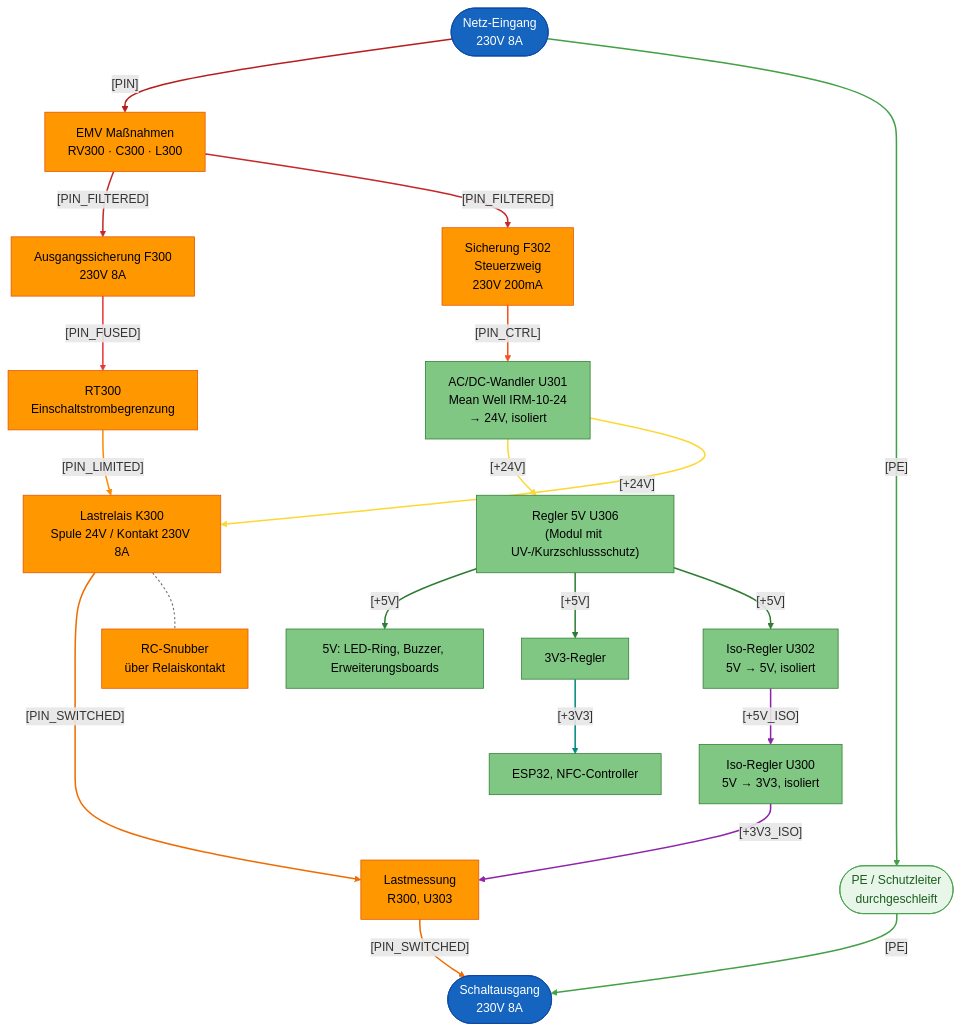
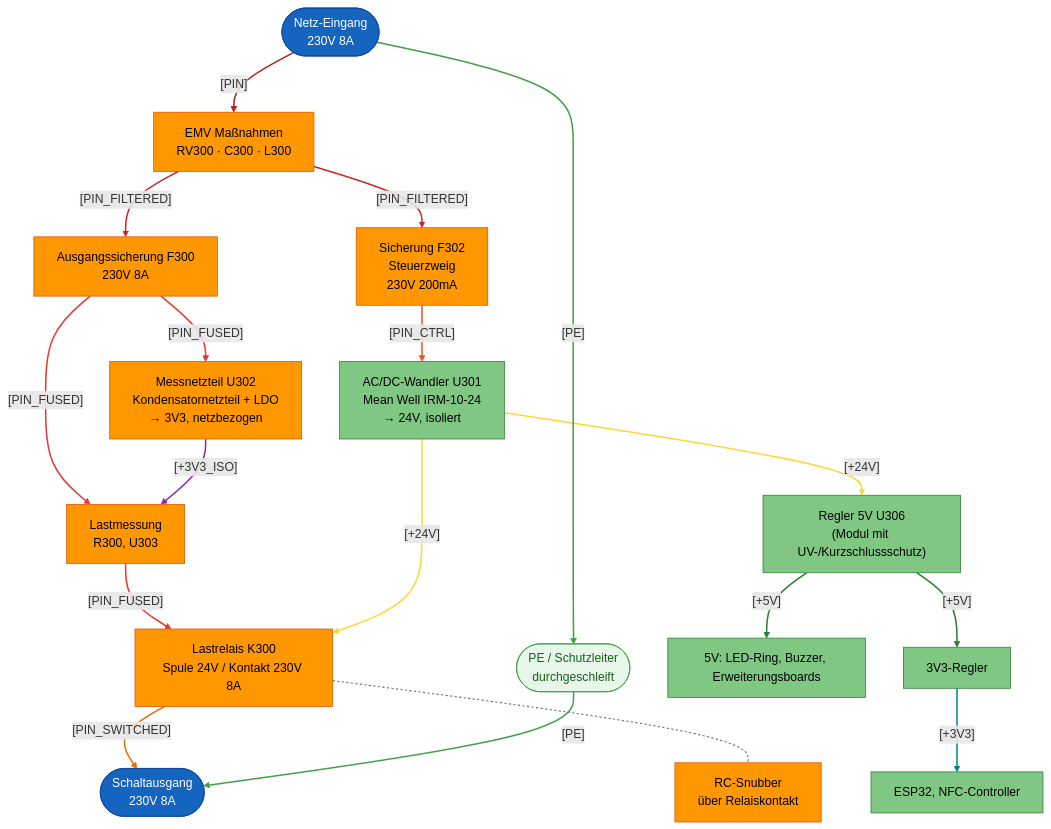
One commit to FREILab/easyVerwaltungHardware changed the second of 3 diagrams in hardware/projects/RFID_BOX/README.md. Above: the diagram before and after it, drawn with Mermaid. The commit also changed other lines of this file and 2 other files, not shown here.

````diff
--- a/hardware/projects/RFID_BOX/README.md
+++ b/hardware/projects/RFID_BOX/README.md
@@ -185,64 +191,59 @@
 ```mermaid
 flowchart TB
     NETZ([Netz-Eingang<br/>230V 8A])
     EMV["EMV Maßnahmen<br/>RV300 · C300 · L300"]
     FLAST["Ausgangssicherung F300<br/>230V 8A"]
-    NTC["RT300<br/>Einschaltstrombegrenzung"]
+    MESS["Lastmessung<br/>R300, U303"]
     REL["Lastrelais K300<br/>Spule 24V / Kontakt 230V 8A"]
     SNUB["RC-Snubber<br/>über Relaiskontakt"]
-    MESS["Lastmessung<br/>R300, U303"]
     OUT([Schaltausgang <br/>230V 8A])
     PE([PE / Schutzleiter<br/>durchgeschleift])
 
     FSTEUER["Sicherung F302<br/>Steuerzweig<br/>230V 200mA"]
     ACDC["AC/DC-Wandler U301<br/>Mean Well IRM-10-24<br/>→ 24V, isoliert"]
     REG5V["Regler 5V U306<br/>(Modul mit UV-/Kurzschlussschutz)"]
     V5[5V: LED-Ring, Buzzer, Erweiterungsboards]
     V33[3V3-Regler]
     LOGIK[ESP32, NFC-Controller]
-    ISO5V["Iso-Regler U302<br/>5V → 5V, isoliert"]
-    V33ISO["Iso-Regler U300<br/>5V → 3V3, isoliert"]
+    DROP["Messnetzteil U302<br/>Kondensatornetzteil + LDO<br/>→ 3V3, netzbezogen"]
 
     NETZ -->|"[PIN]"| EMV
     EMV -->|"[PIN_FILTERED]"| FLAST
-    FLAST -->|"[PIN_FUSED]"| NTC
-    NTC -->|"[PIN_LIMITED]"| REL
-    REL -->|"[PIN_SWITCHED]"| MESS
-    MESS -->|"[PIN_SWITCHED]"| OUT
+    FLAST -->|"[PIN_FUSED]"| MESS
+    MESS -->|"[PIN_FUSED]"| REL
+    REL -->|"[PIN_SWITCHED]"| OUT
     REL -.- SNUB
     EMV -->|"[PIN_FILTERED]"| FSTEUER
     FSTEUER -->|"[PIN_CTRL]"| ACDC
     ACDC -->|"[+24V]"| REG5V
     ACDC -->|"[+24V]"| REL
     REG5V -->|"[+5V]"| V5
     REG5V -->|"[+5V]"| V33
     V33 -->|"[+3V3]"| LOGIK
-    REG5V -->|"[+5V]"| ISO5V
-    ISO5V -->|"[+5V_ISO]"| V33ISO
-    V33ISO -->|"[+3V3_ISO]"| MESS
+    FLAST -->|"[PIN_FUSED]"| DROP
+    DROP -->|"[+3V3_ISO]"| MESS
     NETZ -->|"[PE]"| PE
     PE -->|"[PE]"| OUT
 
     linkStyle 0 stroke:#b71c1c,stroke-width:2px
-    linkStyle 1,7 stroke:#c62828,stroke-width:2px
-    linkStyle 2 stroke:#e53935,stroke-width:2px
-    linkStyle 3 stroke:#fb8c00,stroke-width:2px
-    linkStyle 4,5 stroke:#ef6c00,stroke-width:2px
-    linkStyle 6 stroke:#757575,stroke-width:1.5px,stroke-dasharray:3 3
-    linkStyle 8 stroke:#f4511e,stroke-width:2px
-    linkStyle 9,10 stroke:#fdd835,stroke-width:2px
-    linkStyle 11,12,14 stroke:#2e7d32,stroke-width:2px
-    linkStyle 13 stroke:#00897b,stroke-width:2px
-    linkStyle 15,16 stroke:#8e24aa,stroke-width:2px
-    linkStyle 17,18 stroke:#43a047,stroke-width:2px
+    linkStyle 1,6 stroke:#c62828,stroke-width:2px
+    linkStyle 2,3,13 stroke:#e53935,stroke-width:2px
+    linkStyle 4 stroke:#ef6c00,stroke-width:2px
+    linkStyle 5 stroke:#757575,stroke-width:1.5px,stroke-dasharray:3 3
+    linkStyle 7 stroke:#f4511e,stroke-width:2px
+    linkStyle 8,9 stroke:#fdd835,stroke-width:2px
+    linkStyle 10,11 stroke:#2e7d32,stroke-width:2px
+    linkStyle 12 stroke:#00897b,stroke-width:2px
+    linkStyle 14 stroke:#8e24aa,stroke-width:2px
+    linkStyle 15,16 stroke:#43a047,stroke-width:2px
 
     classDef term230 fill:#1565c0,color:#fff,stroke:#0d47a1
     classDef part230 fill:#ff9800,color:#000,stroke:#e65100
     classDef partSELV fill:#81c784,color:#000,stroke:#2e7d32
     classDef pe fill:#e8f5e9,color:#1b5e20,stroke:#43a047
 
     class NETZ,OUT term230
-    class FLAST,REL,MESS,FSTEUER,EMV,NTC,SNUB part230
-    class ACDC,REG5V,V5,V33,LOGIK,ISO5V,V33ISO partSELV
+    class FLAST,MESS,REL,FSTEUER,EMV,SNUB,DROP part230
+    class ACDC,REG5V,V5,V33,LOGIK partSELV
     class PE pe
 ```
````
